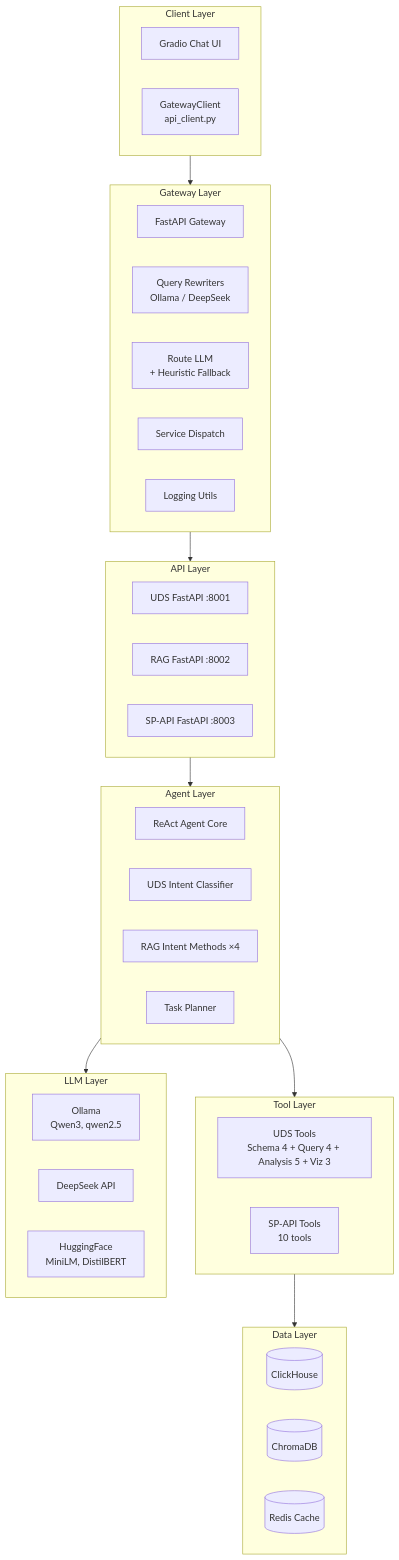
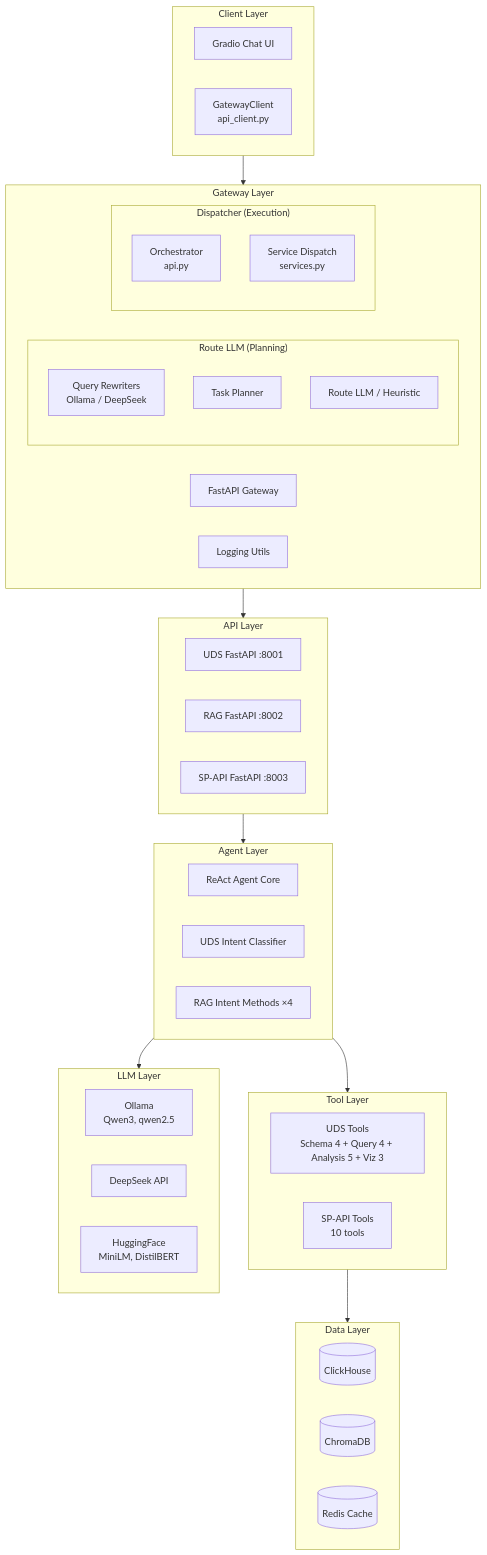
The second of 13 diagrams in docs/FRAMEWORK.md (lenhop/IC-RAG-Agent), drawn with Mermaid before and after one commit. The commit also changed other lines of this file and 6 other files, not shown here.

````diff
--- a/docs/FRAMEWORK.md
+++ b/docs/FRAMEWORK.md
@@ -85,48 +104,54 @@
 ```mermaid
 flowchart TB
     subgraph L0["Client Layer"]
         Gradio[Gradio Chat UI]
         APIClient[GatewayClient<br/>api_client.py]
     end
 
     subgraph L1["Gateway Layer"]
         GatewayAPI[FastAPI Gateway]
-        Rewriters[Query Rewriters<br/>Ollama / DeepSeek]
-        RouteLLM[Route LLM<br/>+ Heuristic Fallback]
-        Services[Service Dispatch]
+        subgraph RL["Route LLM (Planning)"]
+            Rewriters[Query Rewriters<br/>Ollama / DeepSeek]
+            Planner[Planner + Correction]
+            RouteLLMMod[Route LLM / Heuristic]
+        end
+        subgraph Disp["Dispatcher (Execution)"]
+            Orch[Orchestrator<br/>api.py]
+            Services[Service Dispatch<br/>services.py]
+        end
         LogUtils[Logging Utils]
     end
 
     subgraph L2["API Layer"]
         UDS_API[UDS FastAPI :8001]
         RAG_API[RAG FastAPI :8002]
         SP_API[SP-API FastAPI :8003]
     end
 
     subgraph L3["Agent Layer"]
         ReAct[ReAct Agent Core]
         UDS_Intent[UDS Intent Classifier]
         RAG_Intent[RAG Intent Methods ×4]
         Planner[Task Planner]
     end
 
     subgraph L4["Tool Layer"]
         UDS_Tools[UDS Tools<br/>Schema 4 + Query 4 + Analysis 5 + Viz 3]
         SP_Tools[SP-API Tools<br/>10 tools]
     end
 
     subgraph L5["Data Layer"]
         ClickHouse[(ClickHouse)]
         ChromaDB[(ChromaDB)]
         Redis[(Redis Cache)]
     end
 
     subgraph L6["LLM Layer"]
         Ollama[Ollama<br/>Qwen3, qwen2.5]
         DeepSeek[DeepSeek API]
         HF[HuggingFace<br/>MiniLM, DistilBERT]
     end
 
     L0 --> L1 --> L2 --> L3 --> L4 --> L5
     L3 --> L6
 ```
````
